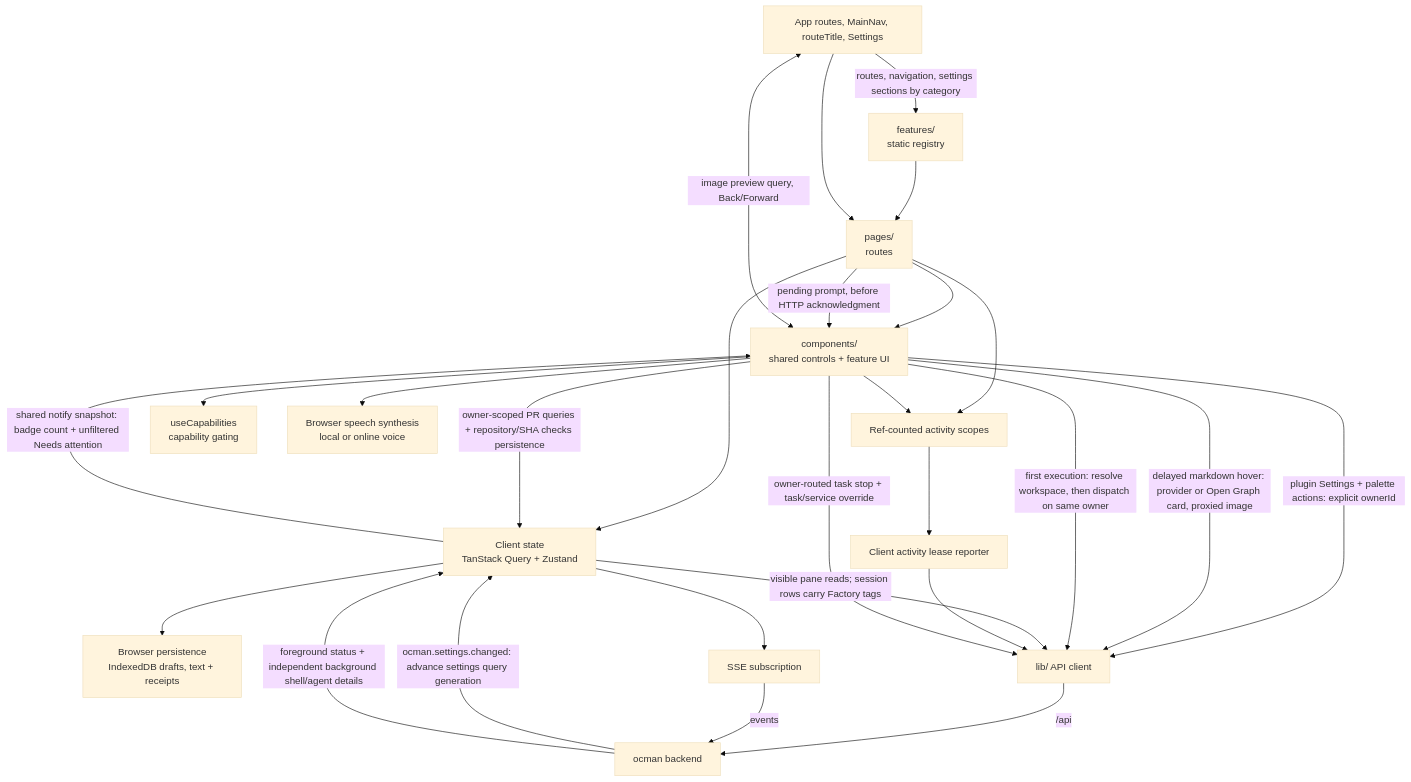
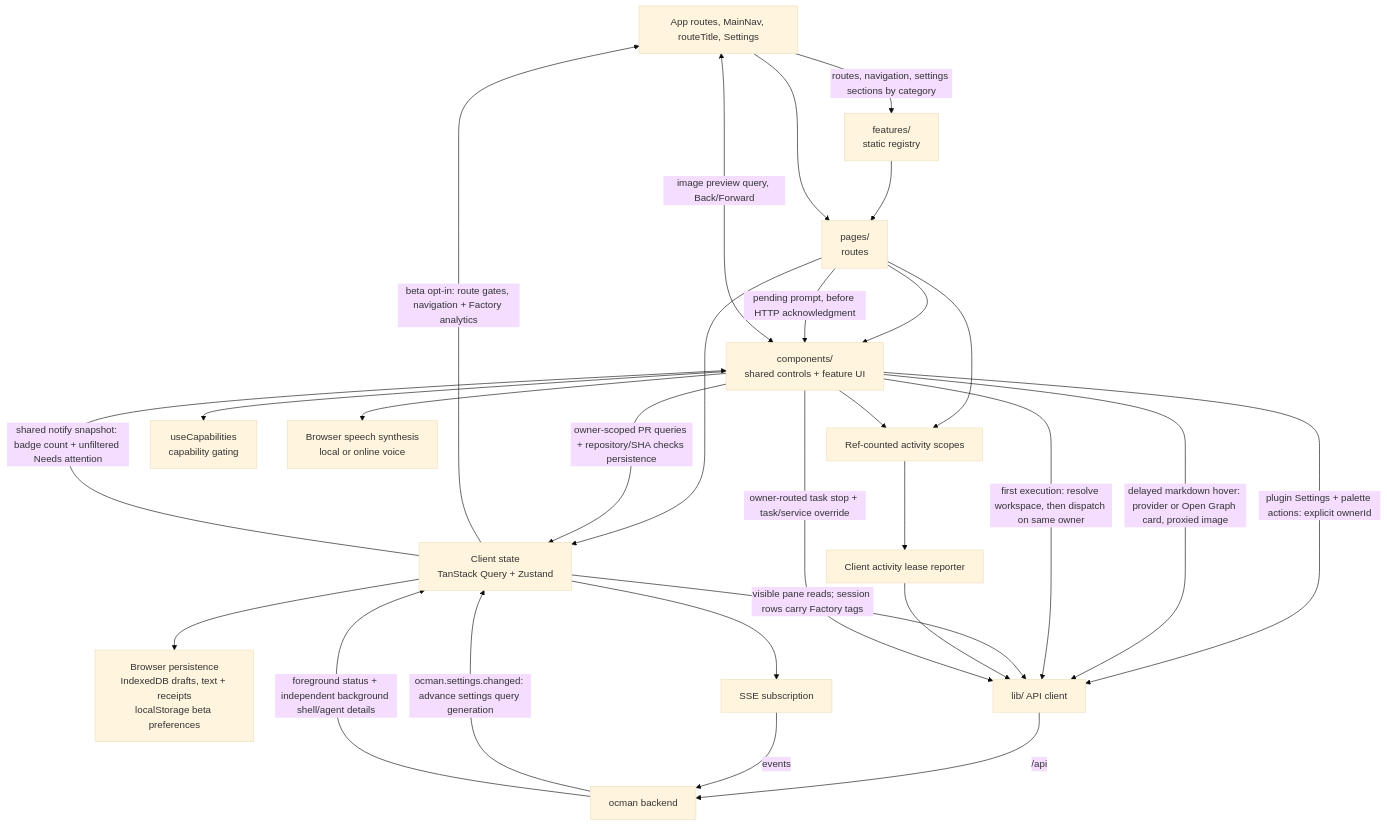
Diagram 14 of 17 in docs/other/architecture.md (ocman/ocman), drawn with Mermaid (base theme) before and after one commit. The commit also changed other lines of this file and 27 other files, not shown here.

Commit message:
feat: make Factory an opt-in beta feature

````diff
--- a/docs/other/architecture.md
+++ b/docs/other/architecture.md
@@ -1822,29 +1822,30 @@
 ```mermaid
 flowchart TD
     Shell[App routes, MainNav, routeTitle, Settings] -->|routes, navigation, settings sections by category| Features[features/<br/>static registry]
     Features --> Pages
     Shell --> Pages
     Pages[pages/<br/>routes] --> Comp[components/<br/>shared controls + feature UI]
     Pages --> Stores[Client state<br/>TanStack Query + Zustand]
     Pages -->|pending prompt, before HTTP acknowledgment| Comp
-    Stores --> Persistence[Browser persistence<br/>IndexedDB drafts, text + receipts]
+    Stores --> Persistence[Browser persistence<br/>IndexedDB drafts, text + receipts<br/>localStorage beta preferences]
+    Stores -->|beta opt-in: route gates, navigation + Factory analytics| Shell
     Comp -->|owner-scoped PR queries + repository/SHA checks persistence| Stores
     Comp -->|plugin Settings + palette actions: explicit ownerId| API
     Comp -->|delayed markdown hover: provider or Open Graph card, proxied image| API
     Comp -->|first execution: resolve workspace, then dispatch on same owner| API
     Stores -->|visible pane reads; session rows carry Factory tags| API[lib/ API client]
     Stores --> SSE[SSE subscription]
     Stores -->|shared notify snapshot: badge count + unfiltered Needs attention| Comp
     Pages --> Scopes[Ref-counted activity scopes]
     Comp --> Scopes
     Scopes --> Reporter[Client activity lease reporter]
     Reporter --> API
     API -->|/api| Hub[ocman backend]
     SSE -->|events| Hub
     Hub -->|ocman.settings.changed: advance settings query generation| Stores
     Hub -->|foreground status + independent background shell/agent details| Stores
     Comp -->|owner-routed task stop + task/service override| API
     Comp --> Caps[useCapabilities<br/>capability gating]
     Comp --> Speech[Browser speech synthesis<br/>local or online voice]
     Comp <-->|image preview query, Back/Forward| Shell
 ```
````
